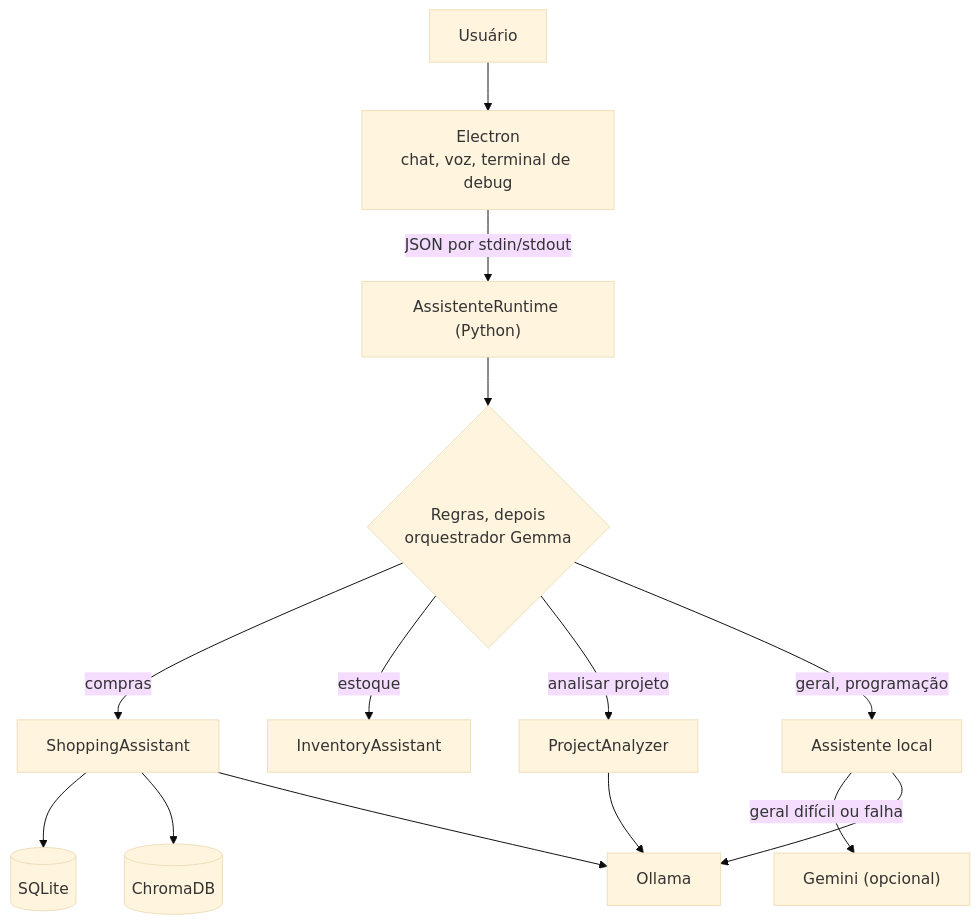
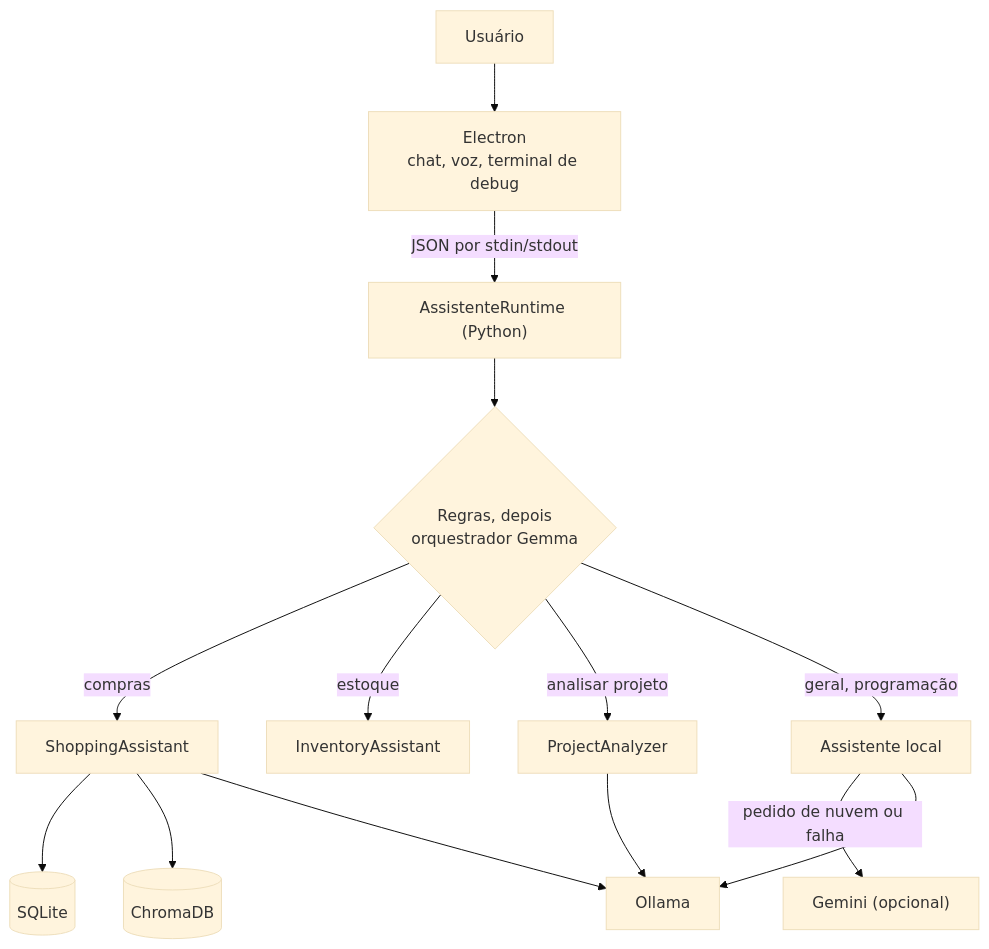
One commit to Felipe-Stu/assistente-domestico changed the diagram in README.md. Above: the diagram before and after it, drawn with Mermaid (base theme). The commit also changed 6 other files, not shown here.

````diff
--- a/README.md
+++ b/README.md
@@ -29,16 +29,16 @@
 ```mermaid
 graph TD
     USER["Usuário"] --> UI["Electron<br>chat, voz, terminal de debug"]
     UI -->|"JSON por stdin/stdout"| RT["AssistenteRuntime (Python)"]
     RT --> ORQ{"Regras, depois<br>orquestrador Gemma"}
     ORQ -->|"compras"| SH["ShoppingAssistant"]
     ORQ -->|"estoque"| INV["InventoryAssistant"]
     ORQ -->|"analisar projeto"| PA["ProjectAnalyzer"]
     ORQ -->|"geral, programação"| LOCAL["Assistente local"]
-    LOCAL -->|"geral difícil ou falha"| NUVEM["Gemini (opcional)"]
+    LOCAL -->|"pedido de nuvem ou falha"| NUVEM["Gemini (opcional)"]
     SH --> SQL[("SQLite")]
     SH --> CH[("ChromaDB")]
     LOCAL --> OLL["Ollama"]
     SH --> OLL
     PA --> OLL
 ```
````
